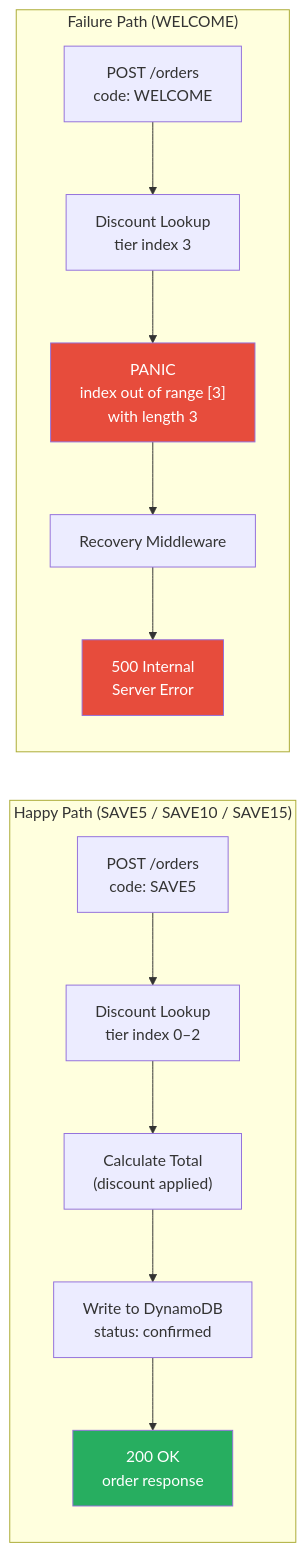
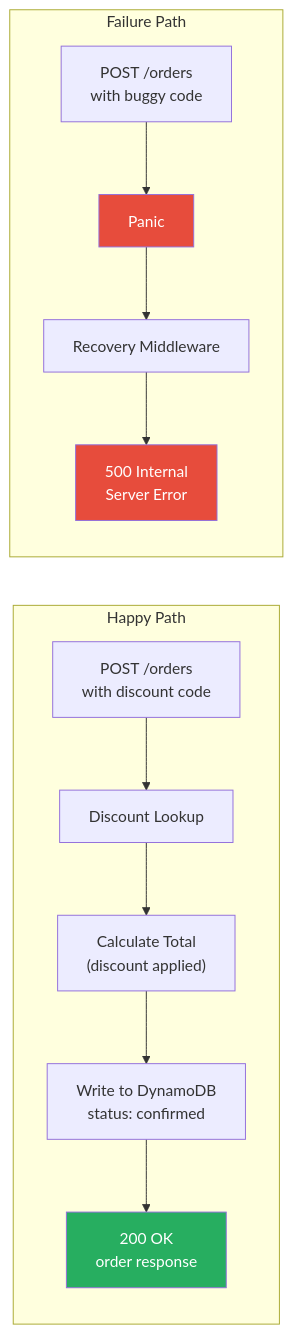
Before and after one commit to jk563/demo-incident-response: the second of 4 diagrams in docs/architecture.md, drawn with Mermaid. The commit also changed other lines of this file and 5 other files, not shown here.

````diff
--- a/docs/architecture.md
+++ b/docs/architecture.md
@@ -83,20 +83,19 @@
 ```mermaid
 graph LR
-    subgraph "Happy Path (SAVE5 / SAVE10 / SAVE15)"
-        HP_REQ["POST /orders<br/>code: SAVE5"] --> HP_DISC["Discount Lookup<br/>tier index 0–2"]
+    subgraph "Happy Path"
+        HP_REQ["POST /orders<br/>with discount code"] --> HP_DISC["Discount Lookup"]
         HP_DISC --> HP_CALC["Calculate Total<br/>(discount applied)"]
         HP_CALC --> HP_DDB["Write to DynamoDB<br/>status: confirmed"]
         HP_DDB --> HP_RESP["200 OK<br/>order response"]
     end
 
-    subgraph "Failure Path (WELCOME)"
-        FP_REQ["POST /orders<br/>code: WELCOME"] --> FP_DISC["Discount Lookup<br/>tier index 3"]
-        FP_DISC --> FP_PANIC["PANIC<br/>index out of range [3]<br/>with length 3"]
-        FP_PANIC --> FP_RECOVER["Recovery Middleware"]
+    subgraph "Failure Path"
+        FP_REQ["POST /orders<br/>with buggy code"] --> FP_FAIL["Panic"]
+        FP_FAIL --> FP_RECOVER["Recovery Middleware"]
         FP_RECOVER --> FP_RESP["500 Internal<br/>Server Error"]
     end
 
-    style FP_PANIC fill:#e74c3c,color:#fff
+    style FP_FAIL fill:#e74c3c,color:#fff
     style FP_RESP fill:#e74c3c,color:#fff
     style HP_RESP fill:#27ae60,color:#fff
 ```
````
